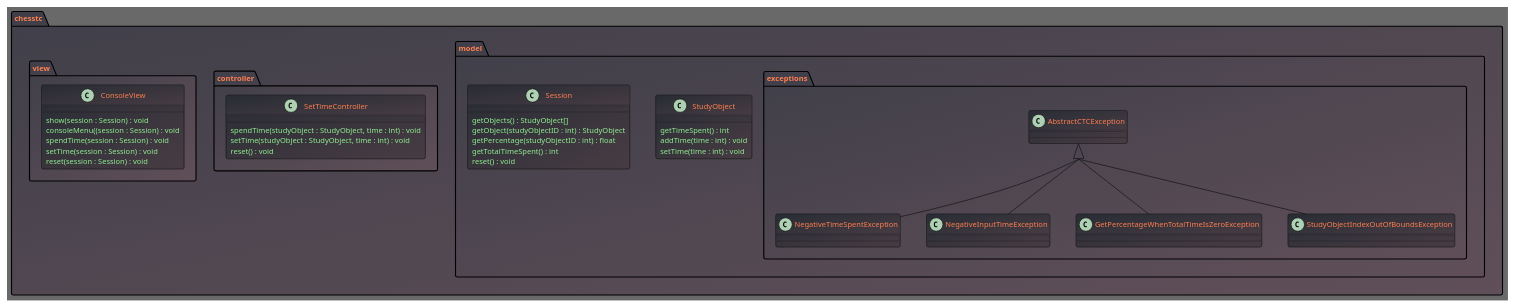
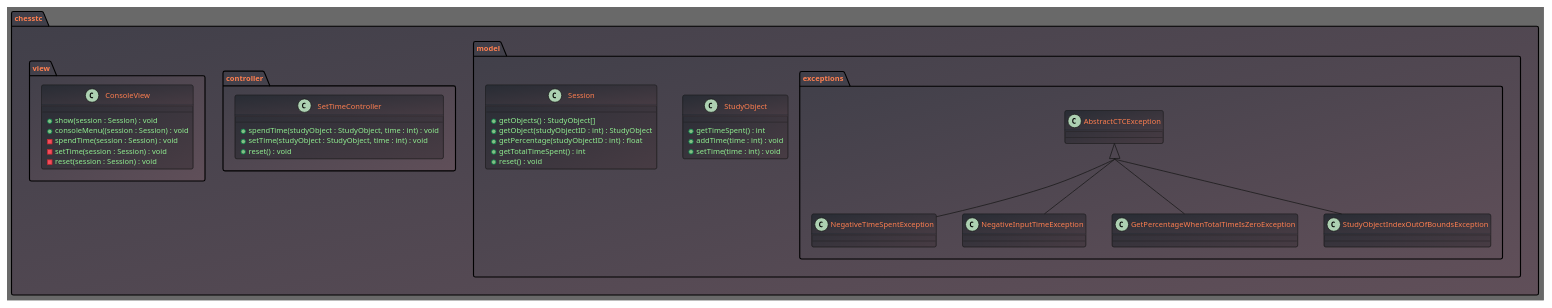
Before and after one commit to Sttanyanz/chess-training-control: the diagram in ctc.puml, drawn with PlantUML.

Commit message:
docs: small changes

```diff
--- a/ctc.puml
+++ b/ctc.puml
@@ -1,65 +1,65 @@
 @startuml
 skinparam defaultFontSize 10
 skinparam BackgroundColor DimGray
 skinparam ClassAttributeFontColor LightGreen
 skinparam PackageFontColor coral
 skinparam ClassFontColor coral
 skinparam package {
 BackgroundColor #403F49/#604F59
 }
 skinparam class {
 BackgroundColor #282C34/#483C44
 }
 skinparam groupInheritance 4
 
 package chesstc {
     package model {
         package exceptions {
             class AbstractCTCException
             class NegativeTimeSpentException
             class NegativeInputTimeException
             class GetPercentageWhenTotalTimeIsZeroException
             class StudyObjectIndexOutOfBoundsException
 
             AbstractCTCException <|-- NegativeInputTimeException
             AbstractCTCException <|-- NegativeTimeSpentException
             AbstractCTCException <|-- GetPercentageWhenTotalTimeIsZeroException
             AbstractCTCException <|-- StudyObjectIndexOutOfBoundsException
         }
 
         class StudyObject {
-            getTimeSpent() : int
-            addTime(time : int) : void
-            setTime(time : int) : void
+            + getTimeSpent() : int
+            + addTime(time : int) : void
+            + setTime(time : int) : void
         }
 
         class Session {
-            getObjects() : StudyObject[]
-            getObject(studyObjectID : int) : StudyObject
-            getPercentage(studyObjectID : int) : float
-            getTotalTimeSpent() : int
-            reset() : void
+            + getObjects() : StudyObject[]
+            + getObject(studyObjectID : int) : StudyObject
+            + getPercentage(studyObjectID : int) : float
+            + getTotalTimeSpent() : int
+            + reset() : void
         }
 
     }
 
     package controller {
         class SetTimeController {
-            spendTime(studyObject : StudyObject, time : int) : void
-            setTime(studyObject : StudyObject, time : int) : void
-            reset() : void
+            + spendTime(studyObject : StudyObject, time : int) : void
+            + setTime(studyObject : StudyObject, time : int) : void
+            + reset() : void
         }
     }
 
     package view {
         class ConsoleView {
-            show(session : Session) : void
-            consoleMenu((session : Session) : void
-            spendTime(session : Session) : void
-            setTime(session : Session) : void
-            reset(session : Session) : void
+            + show(session : Session) : void
+            + consoleMenu((session : Session) : void
+            - spendTime(session : Session) : void
+            - setTime(session : Session) : void
+            - reset(session : Session) : void
         }
     }
 }
 
 @enduml
```
